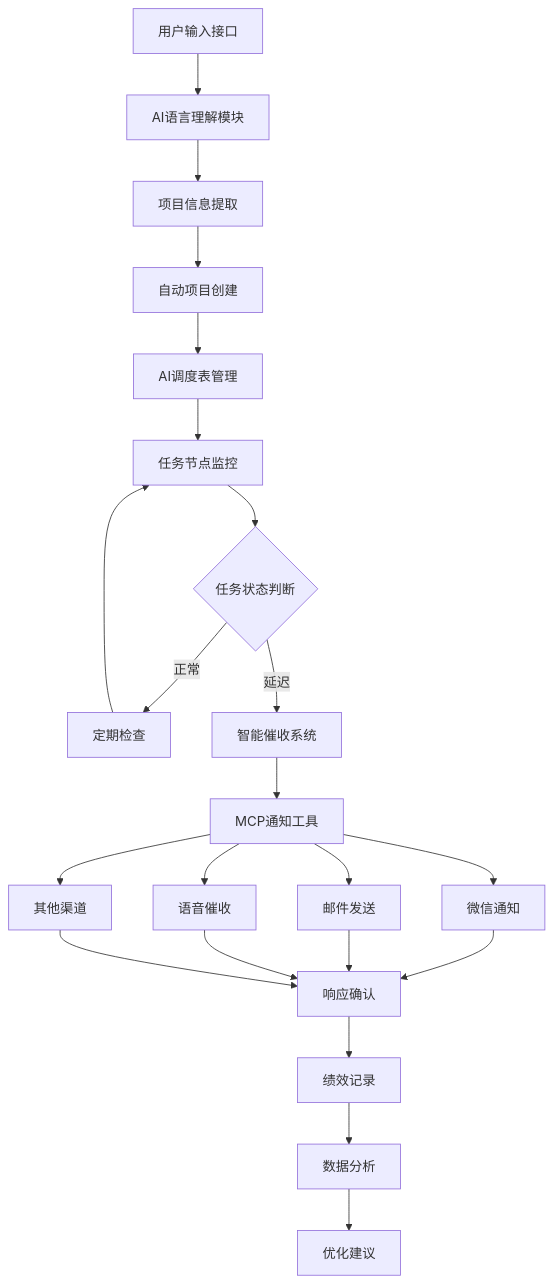
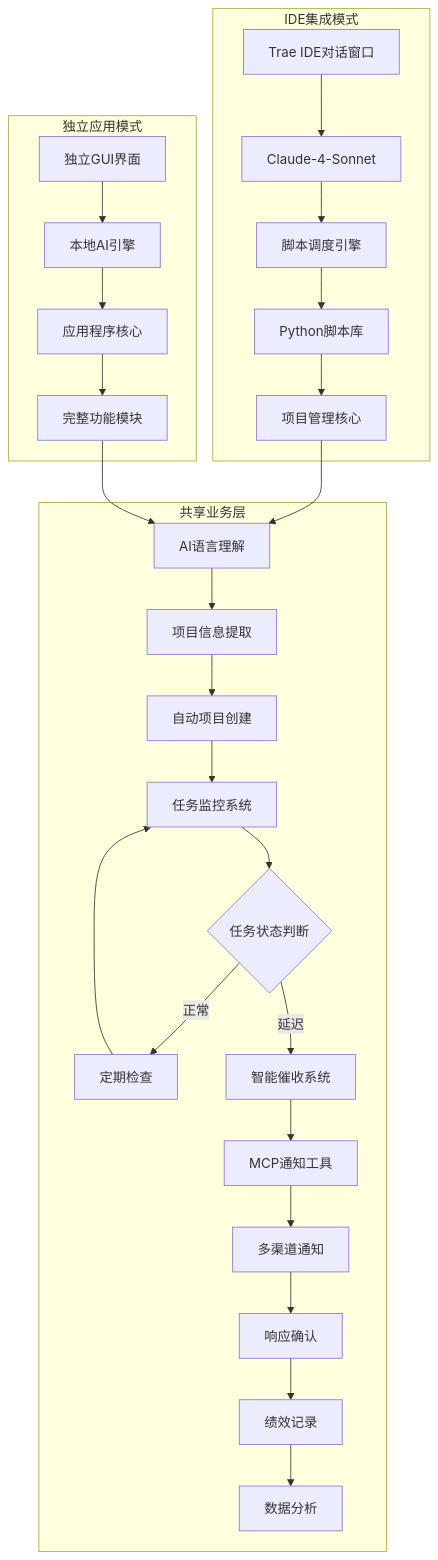
One commit to ShilinYang123/PG-PMC changed the diagram in docs/01-设计/开发任务书.md. Above: the diagram before and after it, drawn with Mermaid. The commit also changed other lines of this file and 65 other files, not shown here.

````diff
--- a/docs/01-设计/开发任务书.md
+++ b/docs/01-设计/开发任务书.md
@@ -46,24 +50,32 @@
 ```mermaid
 graph TD
-    A[用户输入接口] --> B[AI语言理解模块]
-    B --> C[项目信息提取]
-    C --> D[自动项目创建]
-    D --> E[AI调度表管理]
-    E --> F[任务节点监控]
-    F --> G{任务状态判断}
-    G -->|正常| H[定期检查]
-    G -->|延迟| I[智能催收系统]
-    I --> J[MCP通知工具]
-    J --> K[微信通知]
-    J --> L[邮件发送]
-    J --> M[语音催收]
-    J --> N[其他渠道]
-    K --> O[响应确认]
-    L --> O
-    M --> O
-    N --> O
-    O --> P[绩效记录]
-    P --> Q[数据分析]
-    Q --> R[优化建议]
-    H --> F
+    subgraph "IDE集成模式"
+        A1[Trae IDE对话窗口] --> B1[Claude-4-Sonnet]
+        B1 --> C1[脚本调度引擎]
+        C1 --> D1[Python脚本库]
+        D1 --> E1[项目管理核心]
+    end
+    
+    subgraph "独立应用模式"
+        A2[独立GUI界面] --> B2[本地AI引擎]
+        B2 --> C2[应用程序核心]
+        C2 --> D2[完整功能模块]
+    end
+    
+    subgraph "共享业务层"
+        E1 --> F[AI语言理解]
+        D2 --> F
+        F --> G[项目信息提取]
+        G --> H[自动项目创建]
+        H --> I[任务监控系统]
+        I --> J{任务状态判断}
+        J -->|正常| K[定期检查]
+        J -->|延迟| L[智能催收系统]
+        L --> M[MCP通知工具]
+        M --> N[多渠道通知]
+        N --> O[响应确认]
+        O --> P[绩效记录]
+        P --> Q[数据分析]
+        K --> I
+    end
 ```
````
